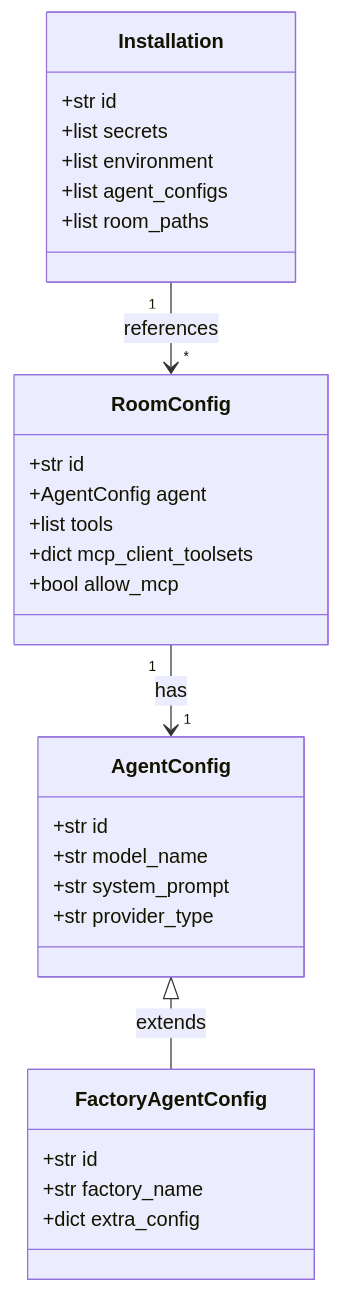
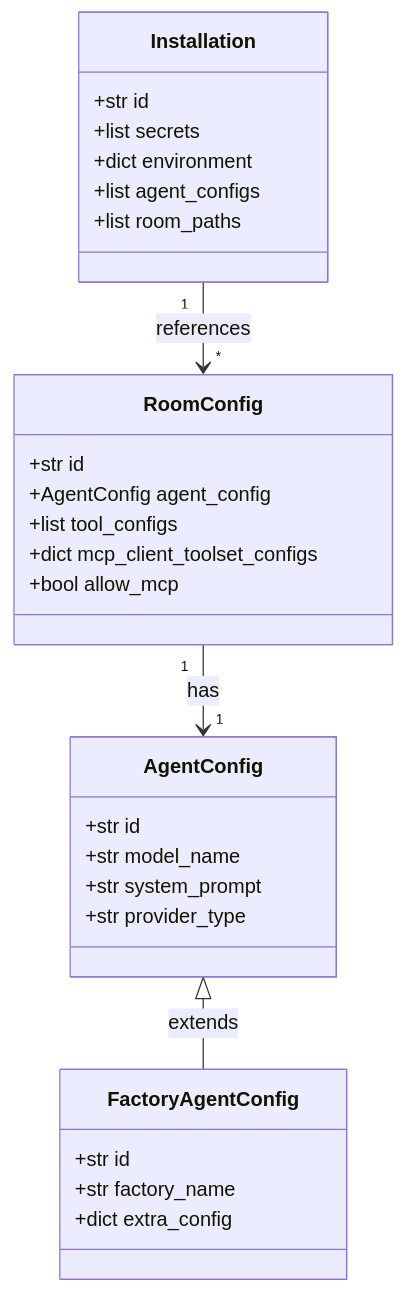
One commit to soliplex/soliplex changed the fifth of 9 diagrams in docsV2/developer-guide/architecture.md. Above: the diagram before and after it, drawn with Mermaid. The commit also changed other lines of this file, not shown here.

First line of the commit message:
docs: fix architecture documentation accuracy

````diff
--- a/docsV2/developer-guide/architecture.md
+++ b/docsV2/developer-guide/architecture.md
@@ -169,35 +170,35 @@
 ```mermaid
 classDiagram
     class Installation {
         +str id
         +list secrets
-        +list environment
+        +dict environment
         +list agent_configs
         +list room_paths
     }
 
     class RoomConfig {
         +str id
-        +AgentConfig agent
-        +list tools
-        +dict mcp_client_toolsets
+        +AgentConfig agent_config
+        +list tool_configs
+        +dict mcp_client_toolset_configs
         +bool allow_mcp
     }
 
     class AgentConfig {
         +str id
         +str model_name
         +str system_prompt
         +str provider_type
     }
 
     class FactoryAgentConfig {
         +str id
         +str factory_name
         +dict extra_config
     }
 
     Installation "1" --> "*" RoomConfig : references
     RoomConfig "1" --> "1" AgentConfig : has
     AgentConfig <|-- FactoryAgentConfig : extends
 ```
````
